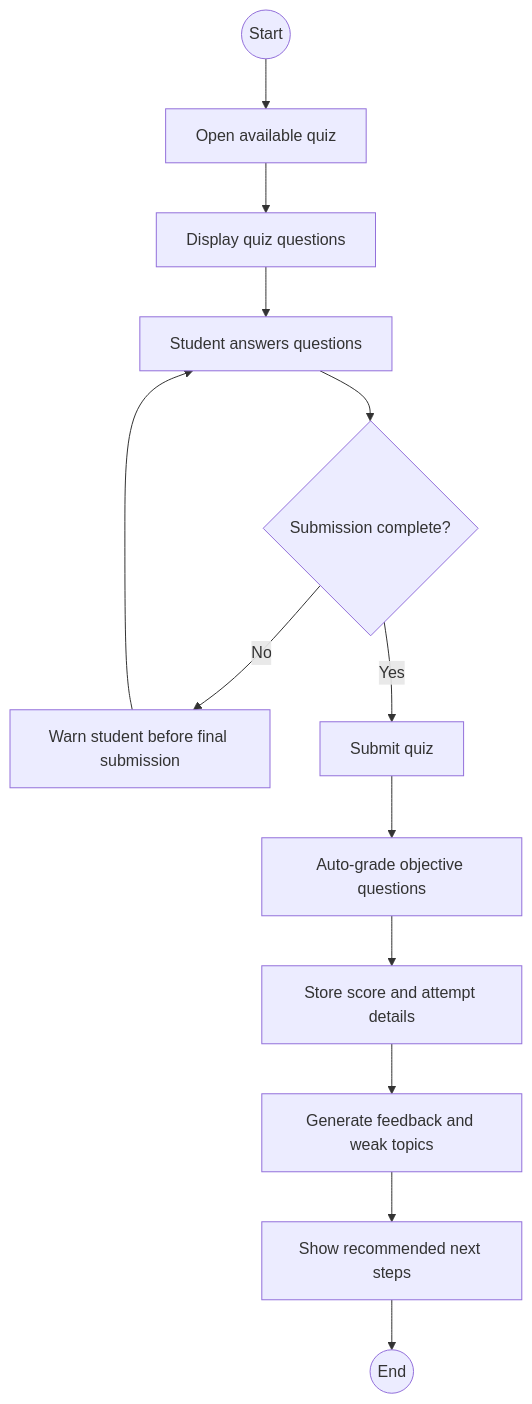
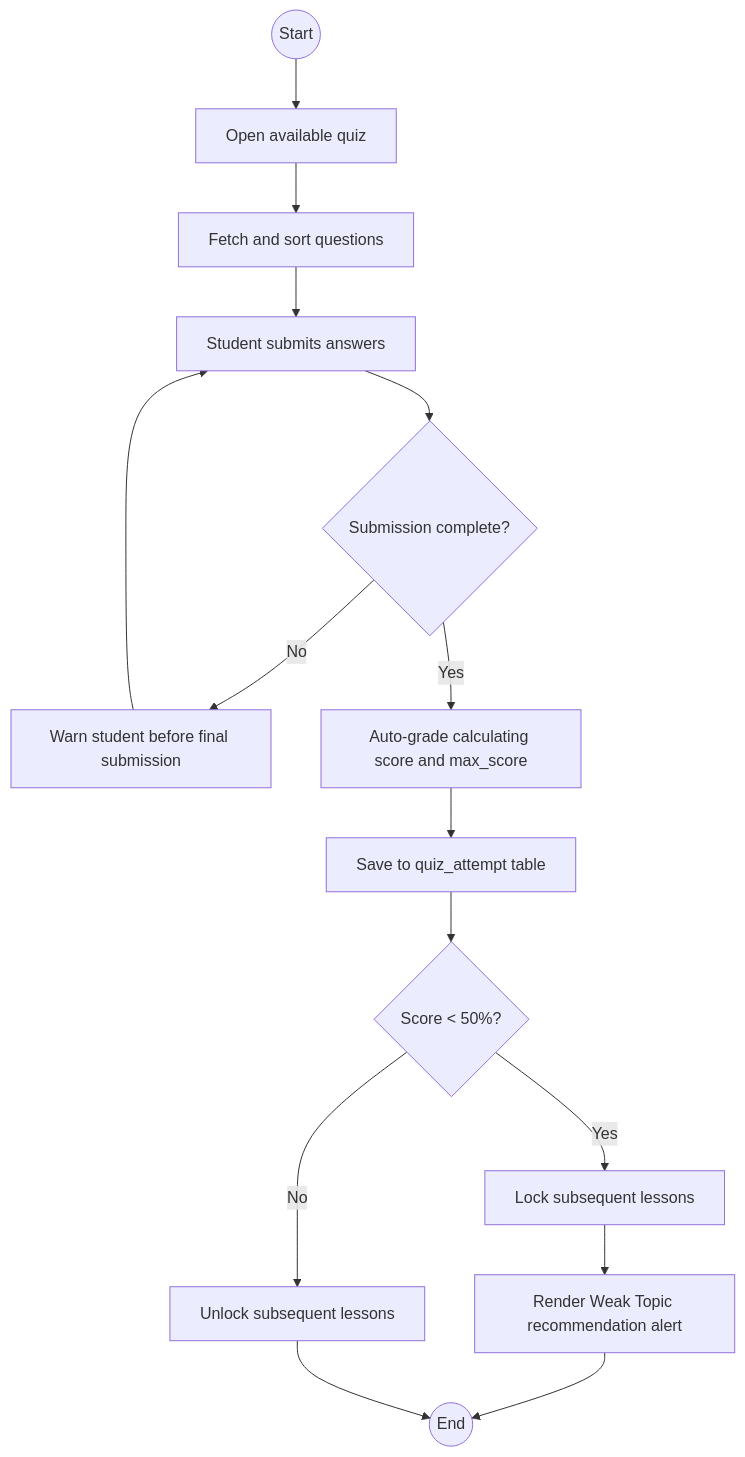
One commit to wingkit123/QuestLearn changed the third of 9 diagrams in part-i/Activity-Diagrams.md. Above: the diagram before and after it, drawn with Mermaid. The commit also changed other lines of this file and 2 other files, not shown here.

````diff
--- a/part-i/Activity-Diagrams.md
+++ b/part-i/Activity-Diagrams.md
@@ -41,15 +41,17 @@
 ```mermaid
 flowchart TD
     A((Start)) --> B[Open available quiz]
-    B --> C[Display quiz questions]
-    C --> D[Student answers questions]
+    B --> C[Fetch and sort questions]
+    C --> D[Student submits answers]
     D --> E{Submission complete?}
     E -- No --> F[Warn student before final submission]
     F --> D
-    E -- Yes --> G[Submit quiz]
-    G --> H[Auto-grade objective questions]
-    H --> I[Store score and attempt details]
-    I --> J[Generate feedback and weak topics]
-    J --> K[Show recommended next steps]
+    E -- Yes --> G[Auto-grade calculating score and max_score]
+    G --> H[Save to quiz_attempt table]
+    H --> I{Score < 50%?}
+    I -- Yes --> J[Lock subsequent lessons]
+    J --> K[Render Weak Topic recommendation alert]
     K --> L((End))
+    I -- No --> M[Unlock subsequent lessons]
+    M --> L
 ```
````
